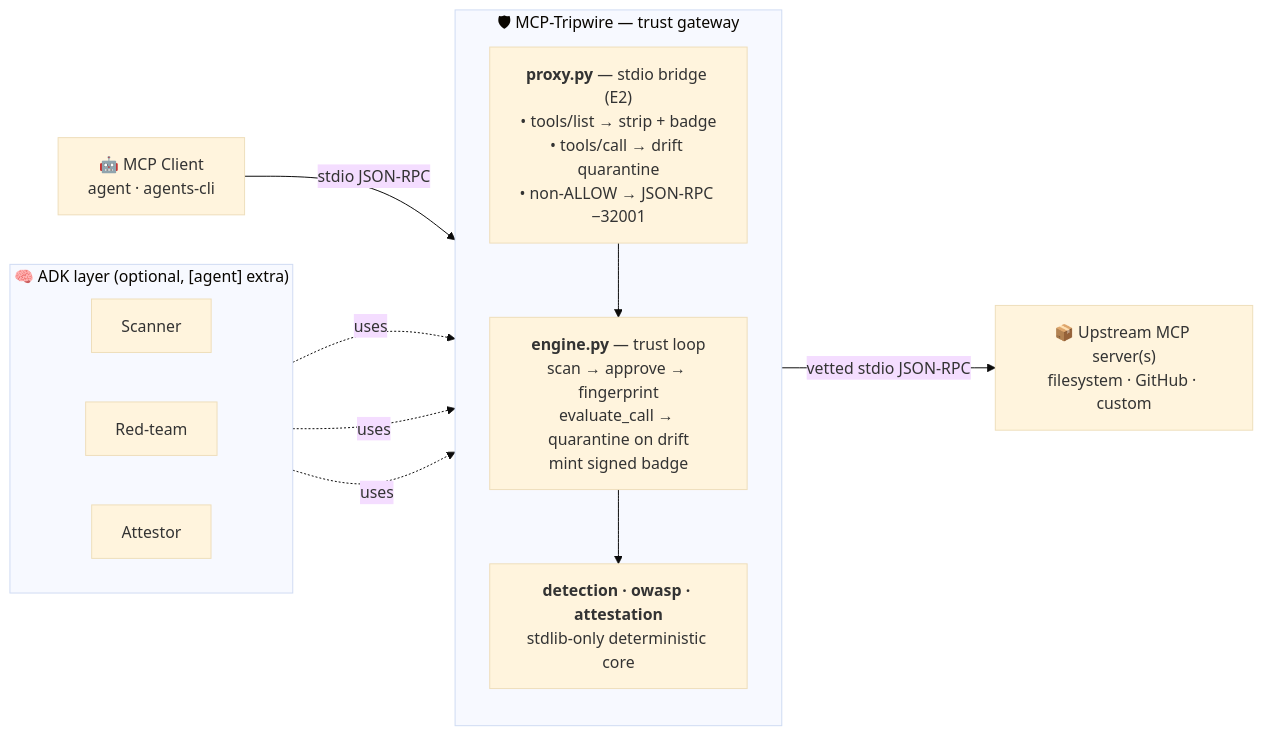
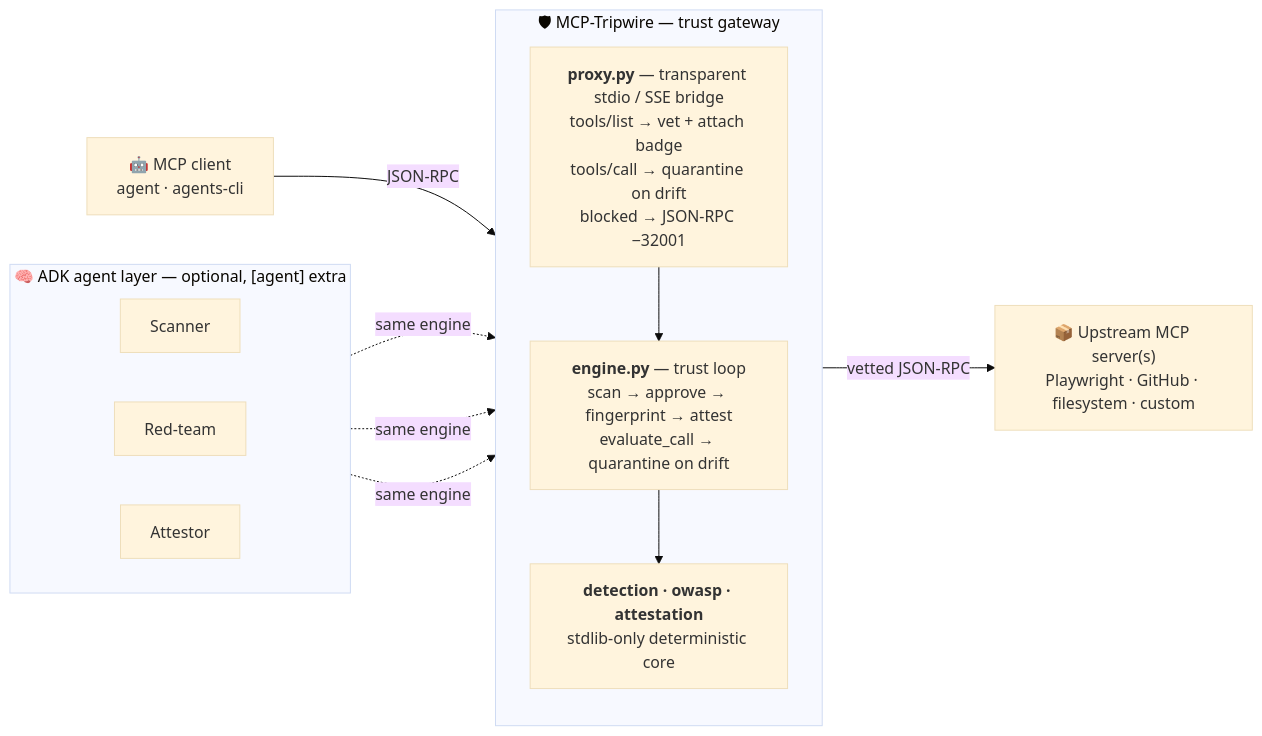
One commit to akoita/mcp-tripwire changed the second of 2 diagrams in README.md. Above: the diagram before and after it, drawn with Mermaid (base theme). The commit also changed other lines of this file and 1 other file, not shown here.

First line of the commit message:
docs(#49): clarify README trust model and improve diagrams

````diff
--- a/README.md
+++ b/README.md
@@ -43,27 +59,27 @@
 ```mermaid
 flowchart LR
-    Client["🤖 MCP Client<br/>agent · agents-cli"]
-    Server["📦 Upstream MCP server(s)<br/>filesystem · GitHub · custom"]
+    Client["🤖 MCP client<br/>agent · agents-cli"]
+    Server["📦 Upstream MCP server(s)<br/>Playwright · GitHub · filesystem · custom"]
 
     subgraph Tripwire["🛡 MCP-Tripwire — trust gateway"]
         direction TB
-        Proxy["<b>proxy.py</b> — stdio bridge (E2)<br/>• tools/list → strip + badge<br/>• tools/call → drift quarantine<br/>• non-ALLOW → JSON-RPC −32001"]
-        Engine["<b>engine.py</b> — trust loop<br/>scan → approve → fingerprint<br/>evaluate_call → quarantine on drift<br/>mint signed badge"]
+        Proxy["<b>proxy.py</b> — transparent stdio / SSE bridge<br/>tools/list → vet + attach badge<br/>tools/call → quarantine on drift<br/>blocked → JSON-RPC −32001"]
+        Engine["<b>engine.py</b> — trust loop<br/>scan → approve → fingerprint → attest<br/>evaluate_call → quarantine on drift"]
         Core["<b>detection · owasp · attestation</b><br/>stdlib-only deterministic core"]
         Proxy --> Engine --> Core
     end
 
-    subgraph ADK["🧠 ADK layer (optional, [agent] extra)"]
+    subgraph ADK["🧠 ADK agent layer — optional, [agent] extra"]
         direction LR
         Scanner["Scanner"]
         Redteam["Red-team"]
         Attestor["Attestor"]
     end
 
-    Client -- "stdio JSON-RPC" --> Proxy
-    Proxy -- "vetted stdio JSON-RPC" --> Server
+    Client -- "JSON-RPC" --> Proxy
+    Proxy -- "vetted JSON-RPC" --> Server
 
-    Scanner -.uses.-> Engine
-    Redteam -.uses.-> Engine
-    Attestor -.uses.-> Engine
+    Scanner -.->|"same engine"| Engine
+    Redteam -.->|"same engine"| Engine
+    Attestor -.->|"same engine"| Engine
 ```
````
